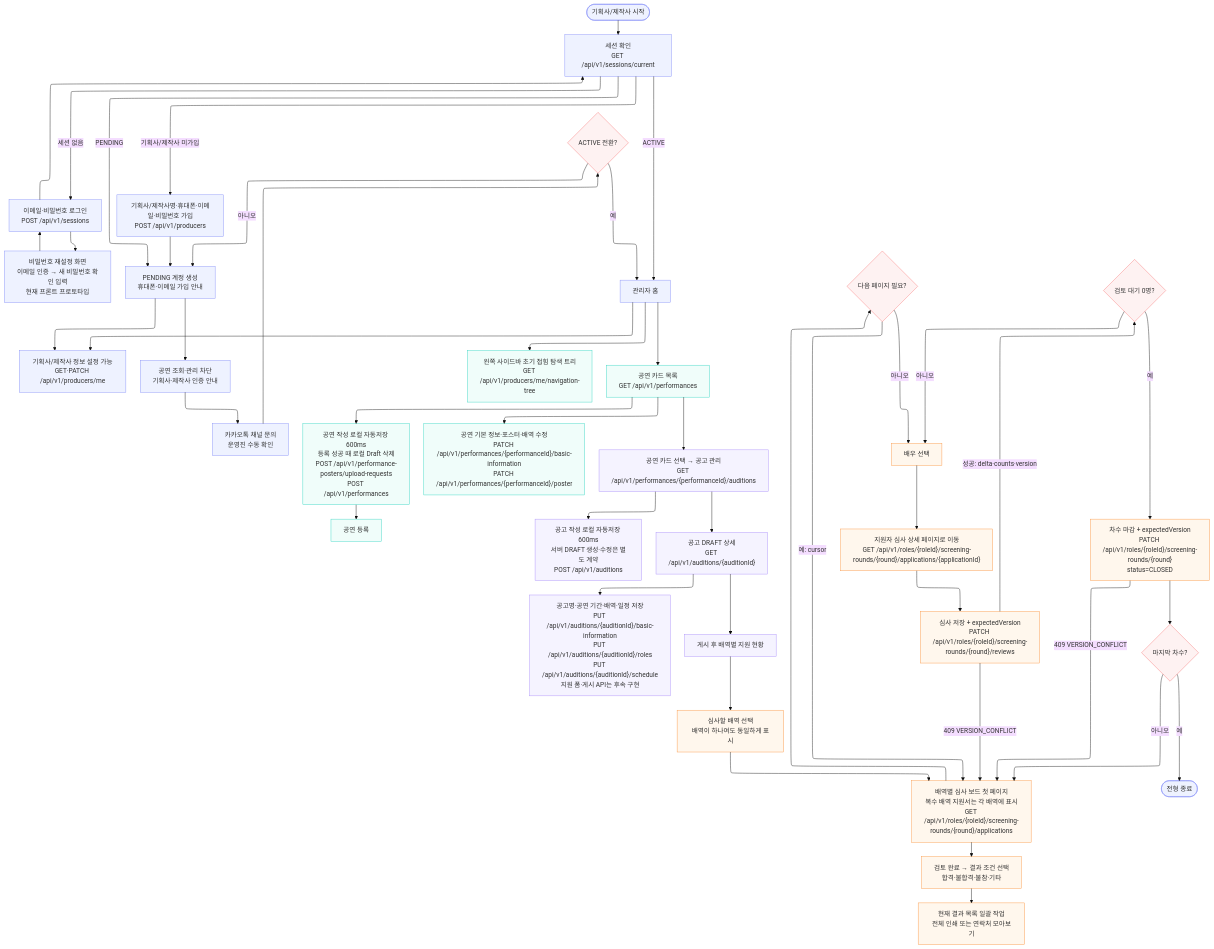
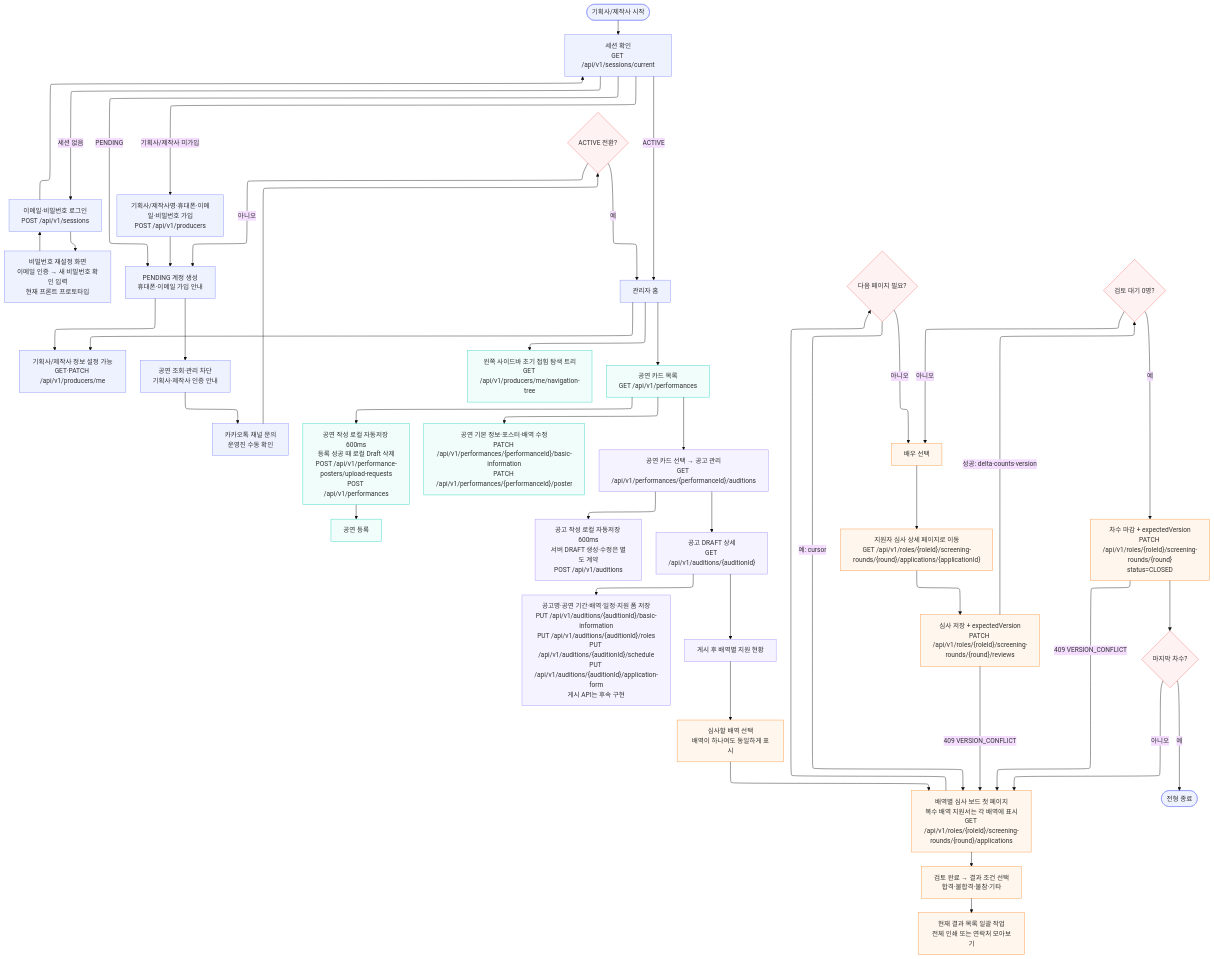
Before and after one commit to woowacourse-teams/2026-yesulin: the diagram in docs/development/flows/producer.mmd, drawn with Mermaid (base theme). The commit also changed 47 other files, not shown here.

```diff
--- a/docs/development/flows/producer.mmd
+++ b/docs/development/flows/producer.mmd
@@ -1,53 +1,53 @@
 ---
 config:
   layout: elk
 ---
 flowchart TB
     START(["기획사/제작사 시작"]) --> SESSION["세션 확인<br>GET /api/v1/sessions/current"]
     SESSION -- 세션 없음 --> LOGIN["이메일·비밀번호 로그인<br>POST /api/v1/sessions"]
     LOGIN --> PASSWORD_RESET["비밀번호 재설정 화면<br>이메일 인증 → 새 비밀번호 확인 입력<br>현재 프론트 프로토타입"]
     PASSWORD_RESET --> LOGIN
     LOGIN --> SESSION
     SESSION -- 기획사/제작사 미가입 --> SIGNUP["기획사/제작사명·휴대폰·이메일·비밀번호 가입<br>POST /api/v1/producers"]
     SIGNUP --> PENDING["PENDING 계정 생성<br>휴대폰·이메일 가입 안내"]
     SESSION -- PENDING --> PENDING
     PENDING --> PROFILE["기획사/제작사 정보 설정 가능<br>GET·PATCH /api/v1/producers/me"]
     PENDING --> BLOCKED["공연 조회·관리 차단<br>기획사·제작사 인증 안내"]
     BLOCKED --> CONTACT["카카오톡 채널 문의<br>운영진 수동 확인"]
     CONTACT --> ACTIVE{"ACTIVE 전환?"}
     ACTIVE -- 아니오 --> PENDING
     ACTIVE -- 예 --> HOME["관리자 홈"]
     SESSION -- ACTIVE --> HOME
     HOME --> NAV["왼쪽 사이드바 초기 접힘 탐색 트리<br>GET /api/v1/producers/me/navigation-tree"] & PROFILE & PERF["공연 카드 목록<br>GET /api/v1/performances"]
     PERF --> NEW_PERF["공연 작성 로컬 자동저장 600ms<br>등록 성공 때 로컬 Draft 삭제<br>POST /api/v1/performance-posters/upload-requests<br>POST /api/v1/performances"] & EDIT_PERF["공연 기본 정보·포스터·배역 수정<br>PATCH /api/v1/performances/{performanceId}/basic-information<br>PATCH /api/v1/performances/{performanceId}/poster"] & POSTINGS["공연 카드 선택 → 공고 관리<br>GET /api/v1/performances/{performanceId}/auditions"]
     NEW_PERF --> CREATE_PERF["공연 등록"]
     POSTINGS --> CREATE_POSTING["공고 작성 로컬 자동저장 600ms<br>서버 DRAFT 생성·수정은 별도 계약<br>POST /api/v1/auditions"] & POSTING_DETAIL["공고 DRAFT 상세<br>GET /api/v1/auditions/{auditionId}"]
-    POSTING_DETAIL --> EDIT_POSTING["공고명·공연 기간·배역·일정 저장<br>PUT /api/v1/auditions/{auditionId}/basic-information<br>PUT /api/v1/auditions/{auditionId}/roles<br>PUT /api/v1/auditions/{auditionId}/schedule<br>지원 폼·게시 API는 후속 구현"] & ROLES["게시 후 배역별 지원 현황"]
+    POSTING_DETAIL --> EDIT_POSTING["공고명·공연 기간·배역·일정·지원 폼 저장<br>PUT /api/v1/auditions/{auditionId}/basic-information<br>PUT /api/v1/auditions/{auditionId}/roles<br>PUT /api/v1/auditions/{auditionId}/schedule<br>PUT /api/v1/auditions/{auditionId}/application-form<br>게시 API는 후속 구현"] & ROLES["게시 후 배역별 지원 현황"]
     ROLES --> CHOOSE_ROLE["심사할 배역 선택<br>배역이 하나여도 동일하게 표시"]
     CHOOSE_ROLE --> BOARD["배역별 심사 보드 첫 페이지<br>복수 배역 지원서는 각 배역에 표시<br>GET /api/v1/roles/{roleId}/screening-rounds/{round}/applications"]
     BOARD --> RESULT_FILTER["검토 완료 → 결과 조건 선택<br>합격·불합격·불참·기타"]
     RESULT_FILTER --> GROUP_ACTION["현재 결과 목록 일괄 작업<br>전체 인쇄 또는 연락처 모아보기"]
     BOARD --> MORE{"다음 페이지 필요?"}
     MORE -- 예: cursor --> BOARD
     MORE -- 아니오 --> SELECT["배우 선택"]
     SELECT --> APP_DETAIL["지원자 심사 상세 페이지로 이동<br>GET /api/v1/roles/{roleId}/screening-rounds/{round}/applications/{applicationId}"]
     APP_DETAIL --> REVIEW["심사 저장 + expectedVersion<br>PATCH /api/v1/roles/{roleId}/screening-rounds/{round}/reviews"]
     REVIEW -- 409 VERSION_CONFLICT --> BOARD
     REVIEW -- 성공: delta·counts·version --> DONE{"검토 대기 0명?"}
     DONE -- 아니오 --> SELECT
     DONE -- 예 --> CLOSE["차수 마감 + expectedVersion<br>PATCH /api/v1/roles/{roleId}/screening-rounds/{round}<br>status=CLOSED"]
     CLOSE -- 409 VERSION_CONFLICT --> BOARD
     CLOSE --> LAST{"마지막 차수?"}
     LAST -- 아니오 --> BOARD
     LAST -- 예 --> FINISH(["전형 종료"])
 
     classDef authNode stroke:#818cf8,fill:#eef2ff
     classDef perfNode stroke:#2dd4bf,fill:#f0fdfa
     classDef postingNode stroke:#a78bfa,fill:#f5f3ff
     classDef screeningNode stroke:#fb923c,fill:#fff7ed
     classDef decisionNode stroke:#f87171,fill:#fef2f2
     class START,SESSION,LOGIN,PASSWORD_RESET,SIGNUP,PENDING,PROFILE,BLOCKED,CONTACT,HOME,FINISH authNode
     class ACTIVE,MORE,DONE,LAST decisionNode
     class NAV,PERF,NEW_PERF,EDIT_PERF,CREATE_PERF perfNode
     class POSTINGS,CREATE_POSTING,POSTING_DETAIL,EDIT_POSTING,ROLES postingNode
     class BOARD,CHOOSE_ROLE,RESULT_FILTER,GROUP_ACTION,SELECT,APP_DETAIL,REVIEW,CLOSE screeningNode
```
